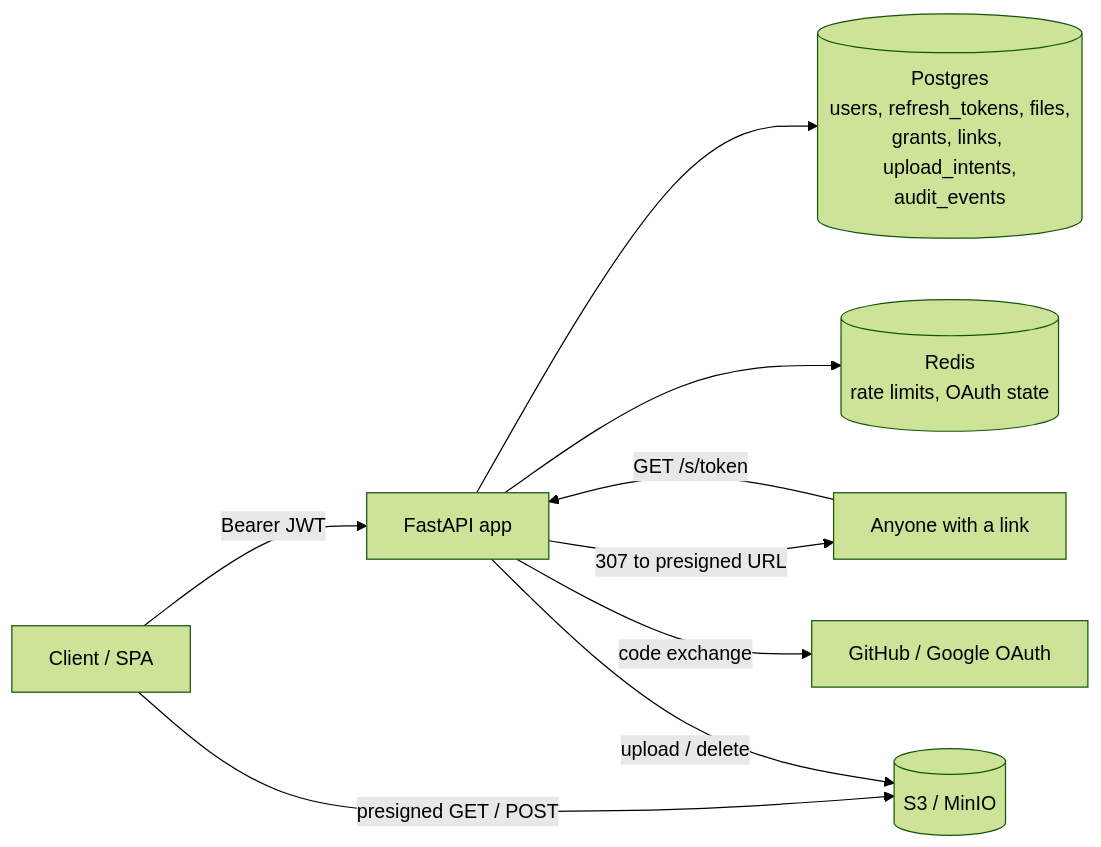
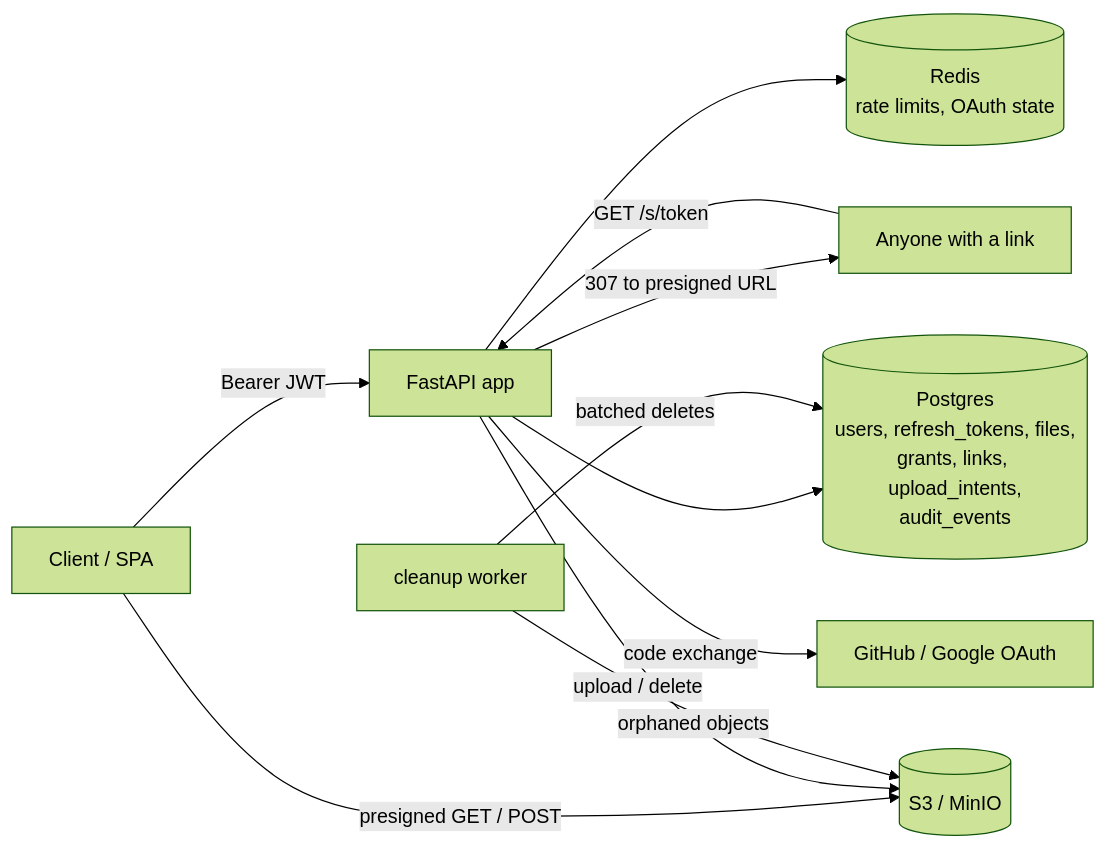
One commit to mananbatraa/secure-auth-file-share changed the first of 3 diagrams in README.md. Above: the diagram before and after it, drawn with Mermaid (forest theme). The commit also changed other lines of this file and 11 other files, not shown here.

First line of the commit message:
Add background cleanup worker for expired data

````diff
--- a/README.md
+++ b/README.md
@@ -19,11 +20,13 @@
 ```mermaid
 flowchart LR
     C[Client / SPA] -->|Bearer JWT| API[FastAPI app]
     C -->|presigned GET / POST| S3[(S3 / MinIO)]
     B[Anyone with a link] -->|GET /s/token| API
     API -->|307 to presigned URL| B
     API --> PG[(Postgres<br/>users, refresh_tokens, files,<br/>grants, links, upload_intents,<br/>audit_events)]
     API --> R[(Redis<br/>rate limits, OAuth state)]
     API -->|upload / delete| S3
     API -->|code exchange| OP[GitHub / Google OAuth]
+    W[cleanup worker] -->|batched deletes| PG
+    W -->|orphaned objects| S3
 ```
````
